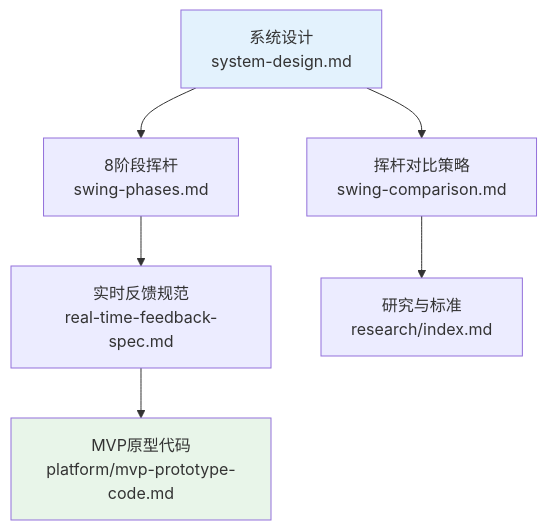
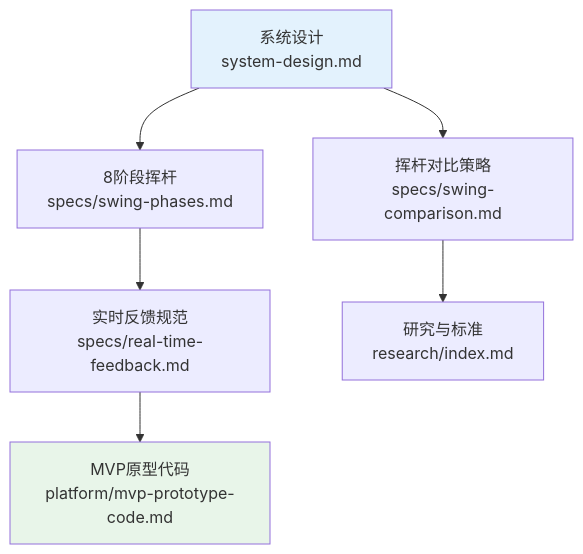
One commit to movement-chain-ai/movement-chain-docs changed the diagram in docs/zh/design/index.md. Above: the diagram before and after it, drawn with Mermaid. The commit also changed other lines of this file and 24 other files, not shown here.

First line of the commit message:
refactor(design): reorganize docs into specs/ and guides/ folders

````diff
--- a/docs/zh/design/index.md
+++ b/docs/zh/design/index.md
@@ -43,12 +43,12 @@
 ```mermaid
 graph TD
-    A[系统设计<br/>system-design.md] --> B[8阶段挥杆<br/>swing-phases.md]
-    B --> C[实时反馈规范<br/>real-time-feedback-spec.md]
+    A[系统设计<br/>system-design.md] --> B[8阶段挥杆<br/>specs/swing-phases.md]
+    B --> C[实时反馈规范<br/>specs/real-time-feedback.md]
     C --> D[MVP原型代码<br/>platform/mvp-prototype-code.md]
 
-    A --> E[挥杆对比策略<br/>swing-comparison.md]
+    A --> E[挥杆对比策略<br/>specs/swing-comparison.md]
     E --> F[研究与标准<br/>research/index.md]
 
     style A fill:#e3f2fd
     style D fill:#e8f5e9
 ```
````
